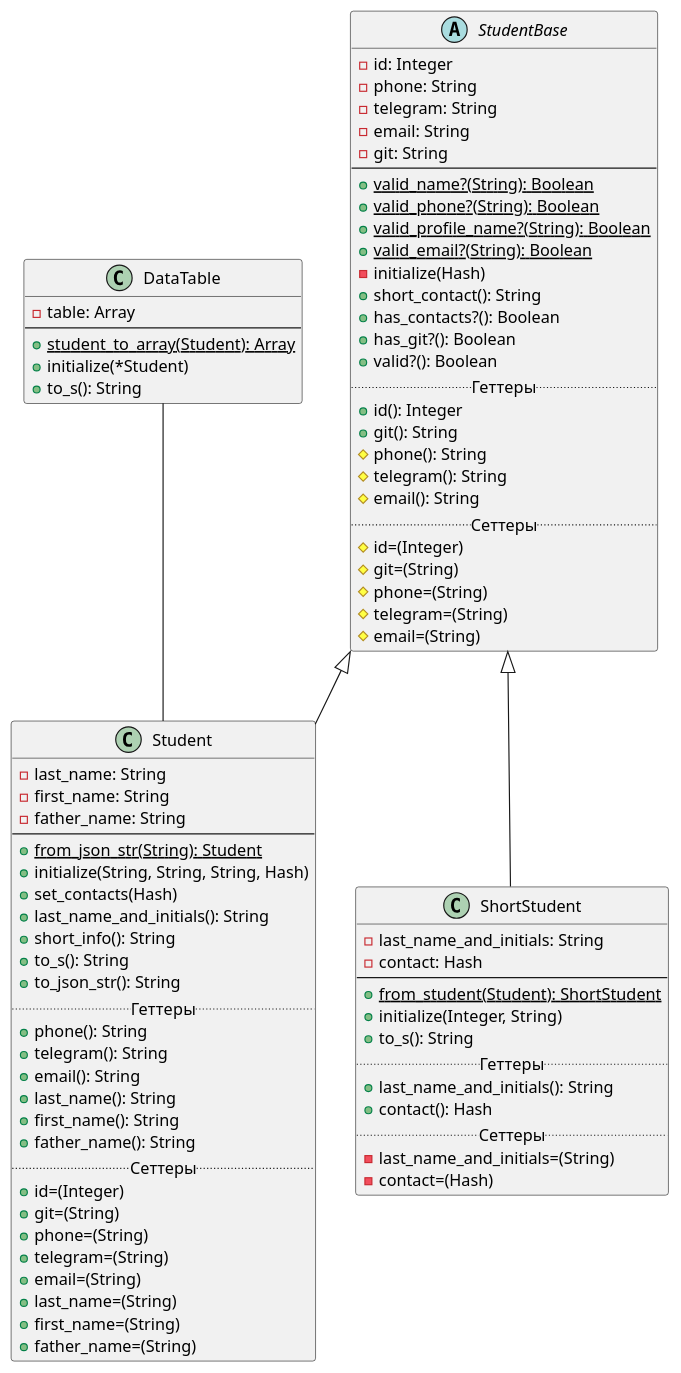
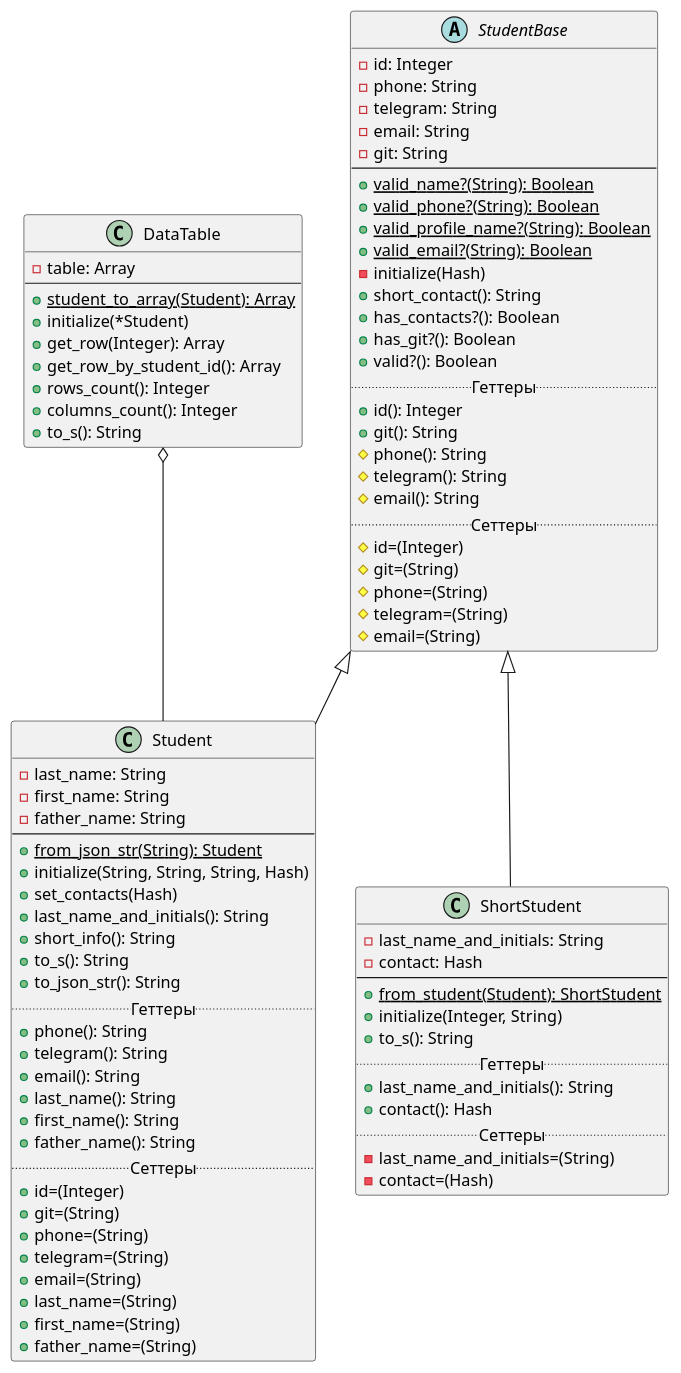
The diagram in Diagrams/lab2.puml (r1411/PatternsLabs), drawn with PlantUML before and after one commit. The commit also changed 1 other file, not shown here.

Commit message:
Обновление диаграммы классов (DataTable)

```diff
--- a/Diagrams/lab2.puml
+++ b/Diagrams/lab2.puml
@@ -1,89 +1,93 @@
 @startuml
 'https://plantuml.com/class-diagram
 
-DataTable -- Student
+DataTable o-- Student
 
 abstract class StudentBase {
     -id: Integer
     -phone: String
     -telegram: String
     -email: String
     -git: String
     --
     +{static}valid_name?(String): Boolean
     +{static}valid_phone?(String): Boolean
     +{static}valid_profile_name?(String): Boolean
     +{static}valid_email?(String): Boolean
     -initialize(Hash)
     +short_contact(): String
     +has_contacts?(): Boolean
     +has_git?(): Boolean
     +valid?(): Boolean
     .. Геттеры ..
     +id(): Integer
     +git(): String
     #phone(): String
     #telegram(): String
     #email(): String
     .. Сеттеры ..
     #id=(Integer)
     #git=(String)
     #phone=(String)
     #telegram=(String)
     #email=(String)
 }
 
 class Student extends StudentBase {
     -last_name: String
     -first_name: String
     -father_name: String
     --
     +{static}from_json_str(String): Student
     +initialize(String, String, String, Hash)
     +set_contacts(Hash)
     +last_name_and_initials(): String
     +short_info(): String
     +to_s(): String
     +to_json_str(): String
     .. Геттеры ..
     +phone(): String
     +telegram(): String
     +email(): String
     +last_name(): String
     +first_name(): String
     +father_name(): String
     .. Сеттеры ..
     +id=(Integer)
     +git=(String)
     +phone=(String)
     +telegram=(String)
     +email=(String)
     +last_name=(String)
     +first_name=(String)
     +father_name=(String)
 }
 
 class ShortStudent extends StudentBase {
     -last_name_and_initials: String
     -contact: Hash
     --
     +{static}from_student(Student): ShortStudent
     +initialize(Integer, String)
     +to_s(): String
     .. Геттеры ..
     +last_name_and_initials(): String
     +contact(): Hash
     .. Сеттеры ..
     -last_name_and_initials=(String)
     -contact=(Hash)
 }
 
 class DataTable {
     -table: Array
     --
     {static}+student_to_array(Student): Array
     +initialize(*Student)
+    +get_row(Integer): Array
+    +get_row_by_student_id(): Array
+    +rows_count(): Integer
+    +columns_count(): Integer
     +to_s(): String
 }
 
 @enduml
```
